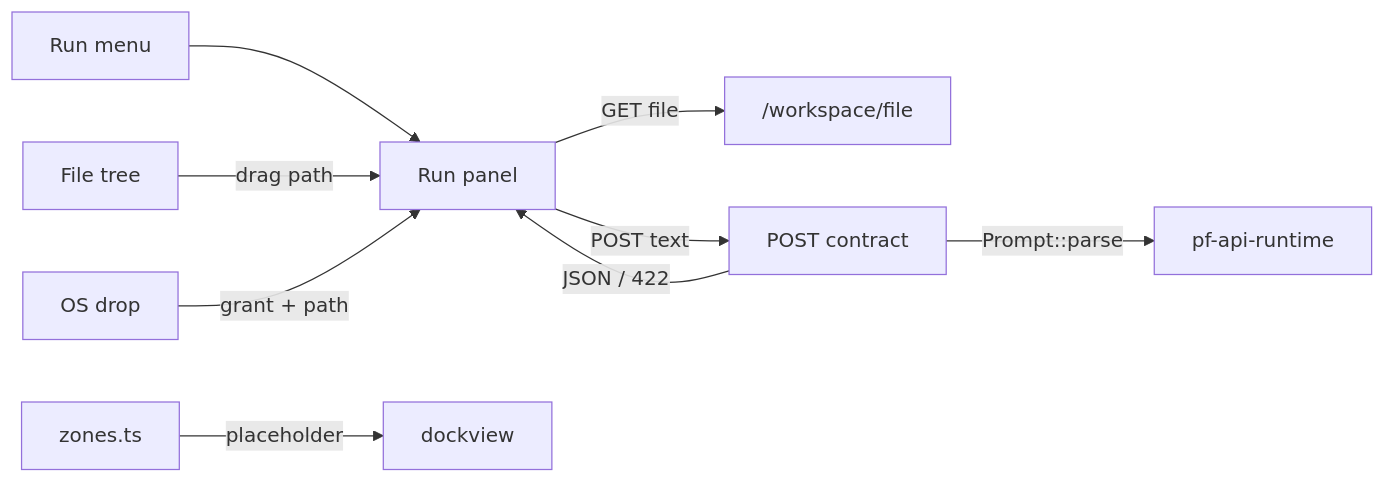
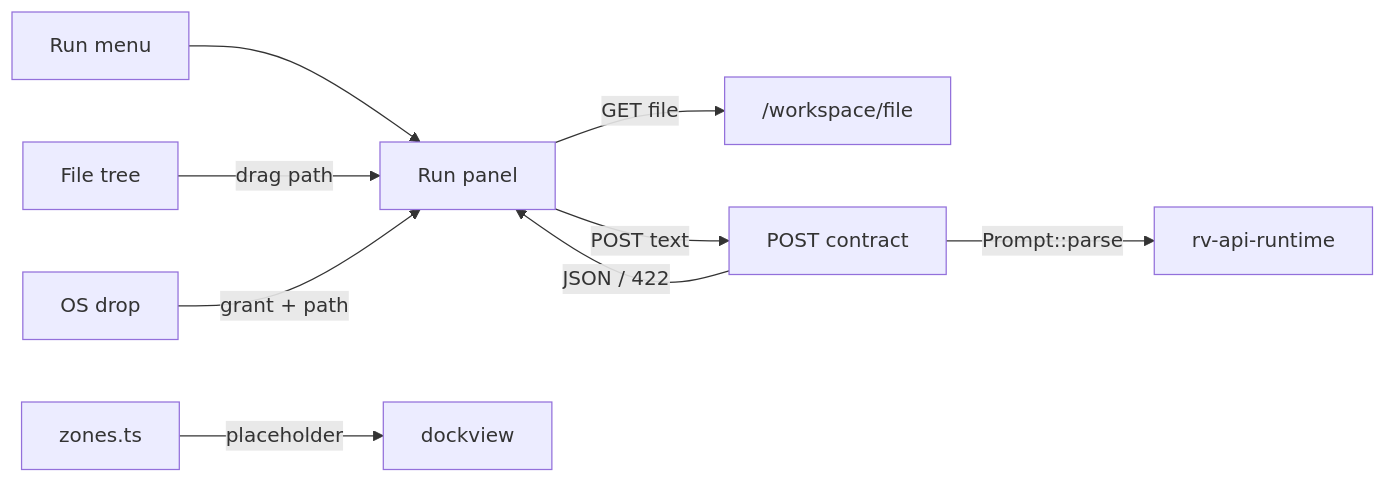
Before and after one commit to cppalliance/promptforge: the diagram in vibe/2026-09/2026-09-17-6-minimal-run-window.md, drawn with Mermaid. The commit also changed other lines of this file and 1573 other files, not shown here.

````diff
--- a/vibe/2026-09/2026-09-17-6-minimal-run-window.md
+++ b/vibe/2026-09/2026-09-17-6-minimal-run-window.md
@@ -92,11 +92,11 @@
 ```mermaid
 flowchart LR
   Menu["Run menu"] --> Panel["Run panel"]
   Panel -->|"GET file"| FileRt["/workspace/file"]
   Panel -->|"POST text"| ParseRt["POST contract"]
-  ParseRt -->|"Prompt::parse"| Rt["pf-api-runtime"]
+  ParseRt -->|"Prompt::parse"| Rt["rv-api-runtime"]
   ParseRt -->|"JSON / 422"| Panel
   Tree["File tree"] -->|"drag path"| Panel
   OSDrop["OS drop"] -->|"grant + path"| Panel
   Zones["zones.ts"] -->|"placeholder"| Dock["dockview"]
 ```
````
